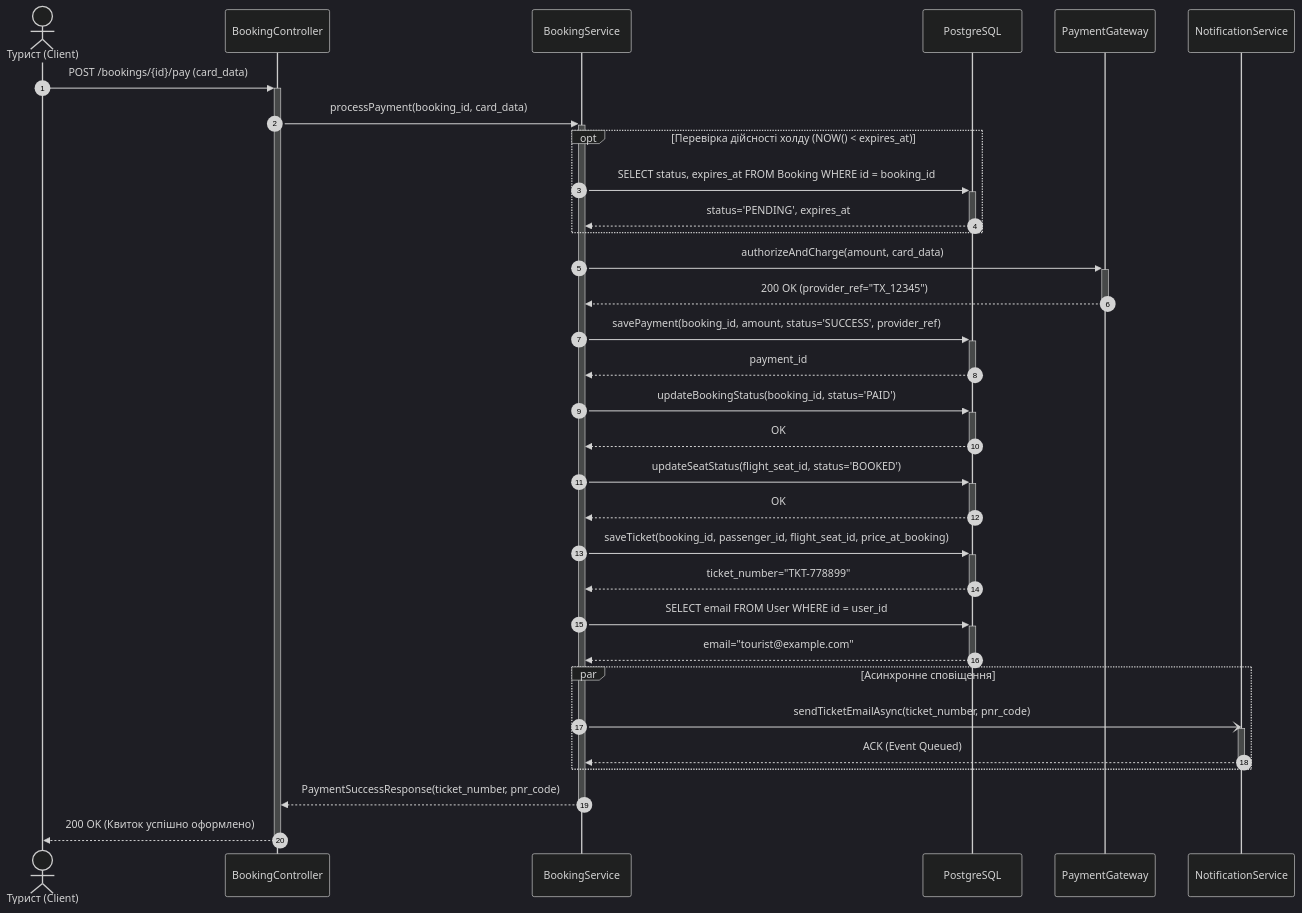
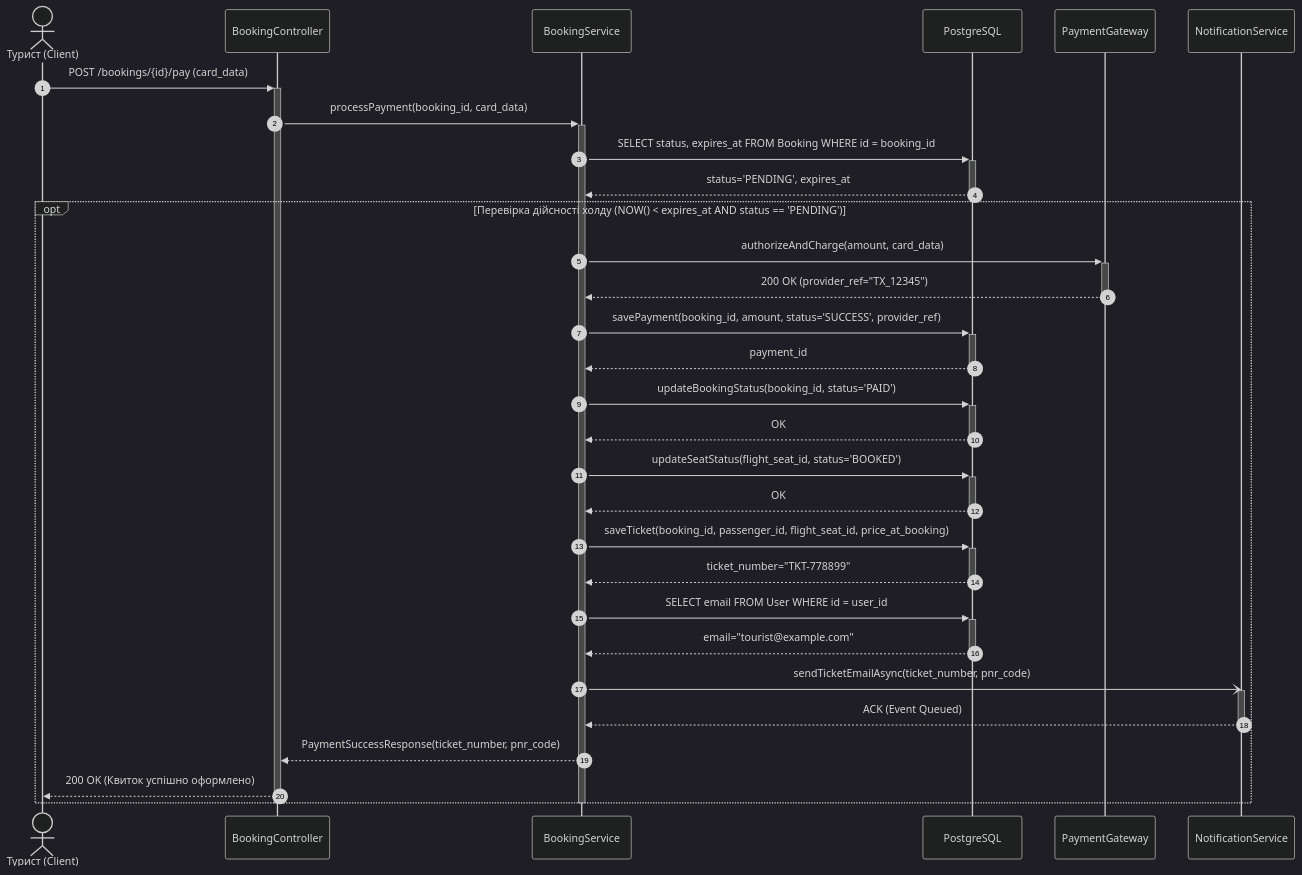
One commit to MVlance/kpi2_laba changed the fourth of 6 diagrams in README.md. Above: the diagram before and after it, drawn with Mermaid (dark theme). The commit also changed other lines of this file, not shown here.

Commit message:
fix(sequence-diagram): fix activations, opt block placement, retry block

````diff
--- a/README.md
+++ b/README.md
@@ -214,46 +214,46 @@
 ```mermaid
 sequenceDiagram
     autonumber
     actor Tourist as Турист (Client)
     participant API as BookingController
     participant Service as BookingService
     participant DB as PostgreSQL
     participant PG as PaymentGateway
     participant Email as NotificationService
 
     Tourist->>+API: POST /bookings/{id}/pay (card_data)
     API->>+Service: processPayment(booking_id, card_data)
     
-    opt Перевірка дійсності холду (NOW() < expires_at)
-        Service->>+DB: SELECT status, expires_at FROM Booking WHERE id = booking_id
-        DB-->>-Service: status='PENDING', expires_at
-    end
+    Service->>+DB: SELECT status, expires_at FROM Booking WHERE id = booking_id
+    DB-->>-Service: status='PENDING', expires_at
 
-    Service->>+PG: authorizeAndCharge(amount, card_data)
-    PG-->>-Service: 200 OK (provider_ref="TX_12345")
+    opt Перевірка дійсності холду (NOW() < expires_at AND status == 'PENDING')
+        Service->>+PG: authorizeAndCharge(amount, card_data)
+        PG-->>-Service: 200 OK (provider_ref="TX_12345")
 
-    Service->>+DB: savePayment(booking_id, amount, status='SUCCESS', provider_ref)
-    DB-->>-Service: payment_id
+        Service->>+DB: savePayment(booking_id, amount, status='SUCCESS', provider_ref)
+        DB-->>-Service: payment_id
 
-    Service->>+DB: updateBookingStatus(booking_id, status='PAID')
-    DB-->>-Service: OK
+        Service->>+DB: updateBookingStatus(booking_id, status='PAID')
+        DB-->>-Service: OK
 
-    Service->>+DB: updateSeatStatus(flight_seat_id, status='BOOKED')
-    DB-->>-Service: OK
+        Service->>+DB: updateSeatStatus(flight_seat_id, status='BOOKED')
+        DB-->>-Service: OK
 
-    Service->>+DB: saveTicket(booking_id, passenger_id, flight_seat_id, price_at_booking)
-    DB-->>-Service: ticket_number="TKT-778899"
+        Service->>+DB: saveTicket(booking_id, passenger_id, flight_seat_id, price_at_booking)
+        DB-->>-Service: ticket_number="TKT-778899"
 
-    Service->>+DB: SELECT email FROM User WHERE id = user_id
-    DB-->>-Service: email="tourist@example.com"
-    
-    par Асинхронне сповіщення
+        Service->>+DB: SELECT email FROM User WHERE id = user_id
+        DB-->>-Service: email="tourist@example.com"
+        
         Service-)Email: sendTicketEmailAsync(ticket_number, pnr_code)
         activate Email
         Email-->>Service: ACK (Event Queued)
         deactivate Email
+
+        Service-->>API: PaymentSuccessResponse(ticket_number, pnr_code)
+        API-->>Tourist: 200 OK (Квиток успішно оформлено)
     end
-
-    Service-->>-API: PaymentSuccessResponse(ticket_number, pnr_code)
-    API-->>-Tourist: 200 OK (Квиток успішно оформлено)
+    deactivate Service
+    deactivate API
 ```
````
